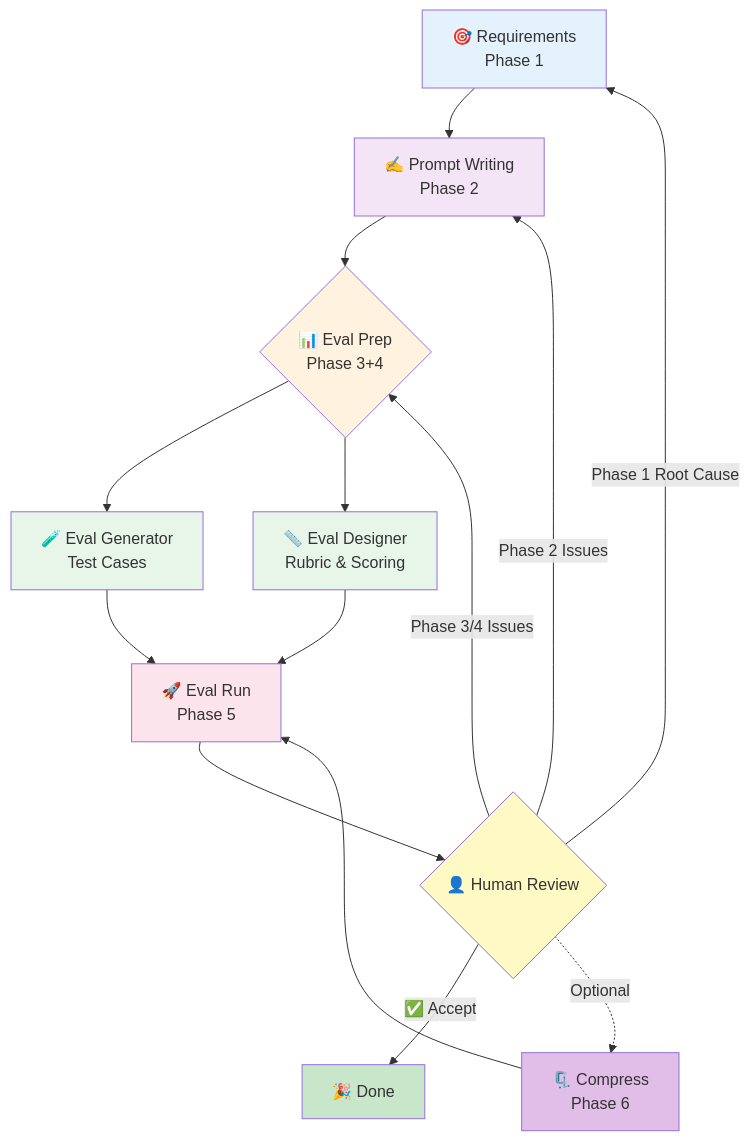
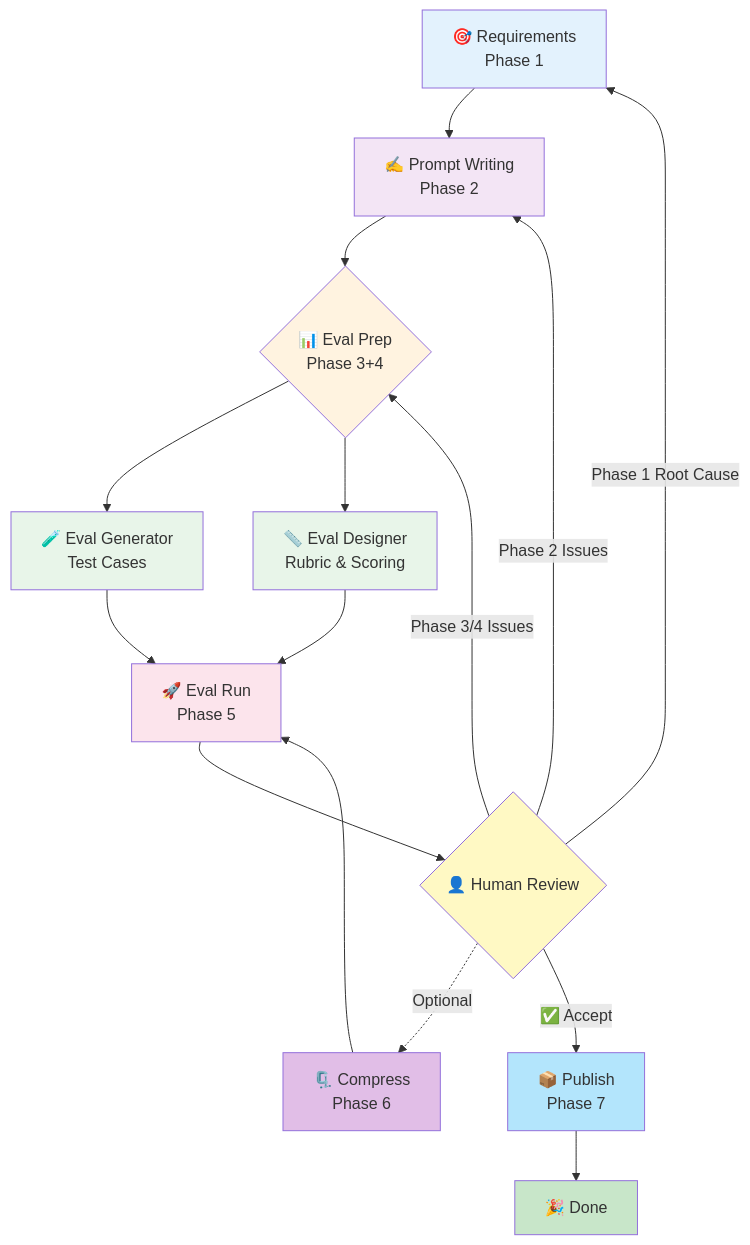
The diagram in README.md (PompeiiChan/PromptPilot), drawn with Mermaid before and after one commit. The commit also changed 1 other file, not shown here.

Commit message:
Add Phase 7 Publishing to workflow diagram

````diff
--- a/README.md
+++ b/README.md
@@ -27,26 +27,28 @@
 ```mermaid
 flowchart TD
     A[🎯 Requirements<br/>Phase 1] --> B[✍️ Prompt Writing<br/>Phase 2]
     B --> C{📊 Eval Prep<br/>Phase 3+4}
     C --> D[🧪 Eval Generator<br/>Test Cases]
     C --> E[📏 Eval Designer<br/>Rubric & Scoring]
     D --> F[🚀 Eval Run<br/>Phase 5]
     E --> F
     F --> G{👤 Human Review}
     G -->|Phase 1 Root Cause| A
     G -->|Phase 3/4 Issues| C
     G -->|Phase 2 Issues| B
-    G -->|✅ Accept| H[🎉 Done]
     G -.->|Optional| I[🗜️ Compress<br/>Phase 6]
     I --> F
+    G -->|✅ Accept| P[📦 Publish<br/>Phase 7]
+    P --> H[🎉 Done]
 
     style A fill:#e3f2fd
     style B fill:#f3e5f5
     style C fill:#fff3e0
     style D fill:#e8f5e9
     style E fill:#e8f5e9
     style F fill:#fce4ec
     style G fill:#fff9c4
+    style P fill:#b3e5fc
     style H fill:#c8e6c9
     style I fill:#e1bee7
 ```
````
